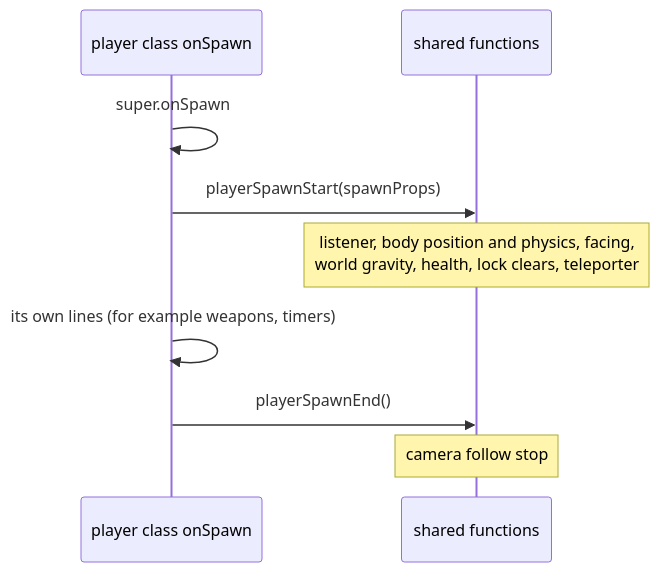
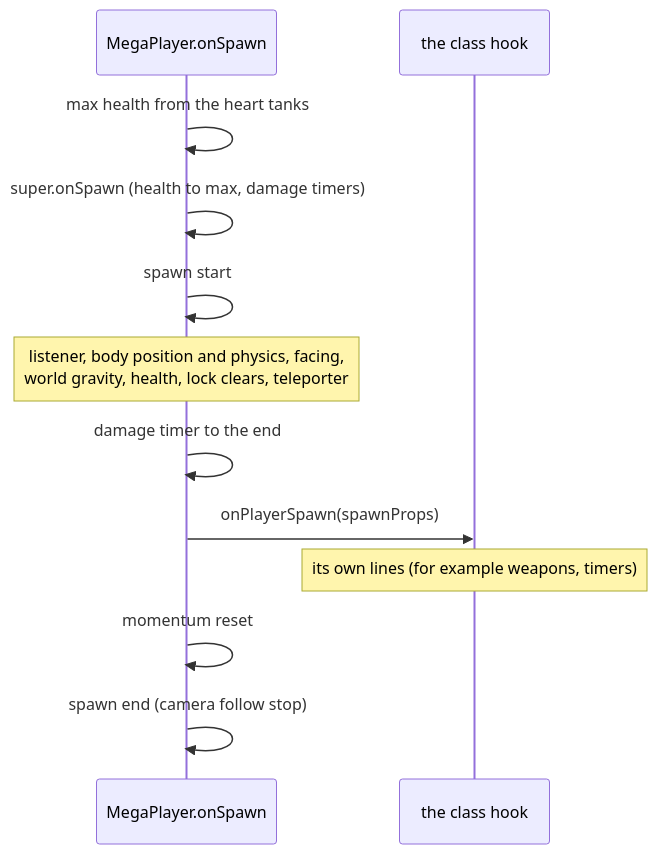
One commit to JohnLavender474/Megaman-Maverick changed the second of 2 diagrams in core/src/main/kotlin/com/megaman/maverick/game/players/README.md. Above: the diagram before and after it, drawn with Mermaid. The commit also changed other lines of this file and 53 other files, not shown here.

````diff
--- a/core/src/main/kotlin/com/megaman/maverick/game/players/README.md
+++ b/core/src/main/kotlin/com/megaman/maverick/game/players/README.md
@@ -42,11 +48,14 @@
 ```mermaid
 sequenceDiagram
-    participant C as player class onSpawn
-    participant S as shared functions
-    C->>C: super.onSpawn
-    C->>S: playerSpawnStart(spawnProps)
-    Note over S: listener, body position and physics, facing,<br/>world gravity, health, lock clears, teleporter
-    C->>C: its own lines (for example weapons, timers)
-    C->>S: playerSpawnEnd()
-    Note over S: camera follow stop
+    participant P as MegaPlayer.onSpawn
+    participant C as the class hook
+    P->>P: max health from the heart tanks
+    P->>P: super.onSpawn (health to max, damage timers)
+    P->>P: spawn start
+    Note over P: listener, body position and physics, facing,<br/>world gravity, health, lock clears, teleporter
+    P->>P: damage timer to the end
+    P->>C: onPlayerSpawn(spawnProps)
+    Note over C: its own lines (for example weapons, timers)
+    P->>P: momentum reset
+    P->>P: spawn end (camera follow stop)
 ```
````
